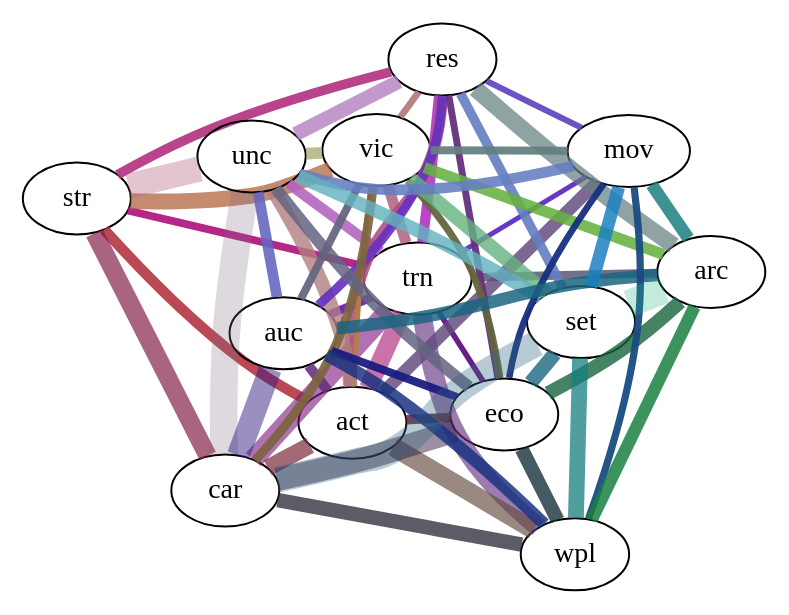
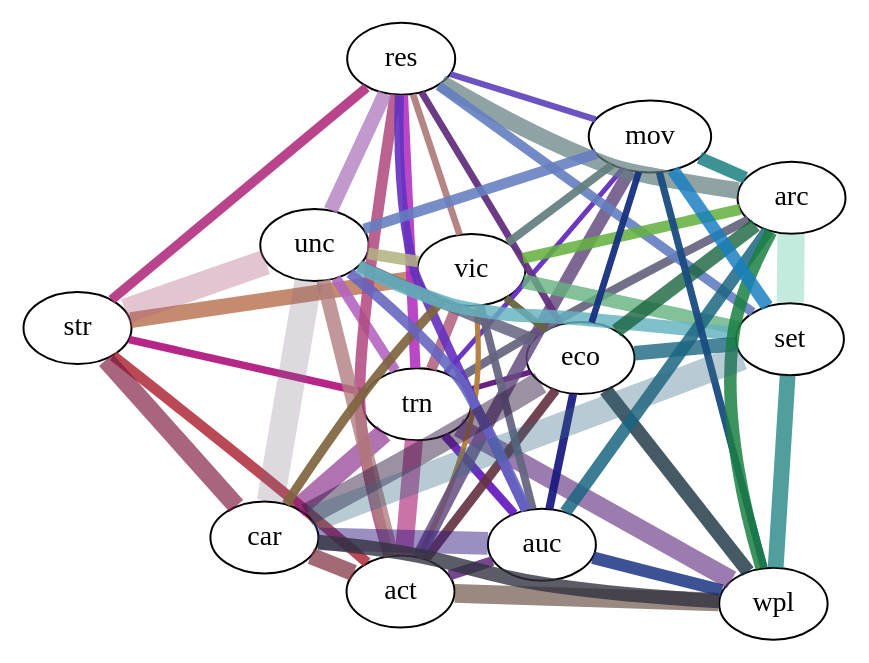
One commit to mnagaku/digraj202103 changed the diagram in chapg.dot. Above: the diagram before and after it, drawn with Graphviz. The commit also changed 10 other files, not shown here.

```diff
--- a/chapg.dot
+++ b/chapg.dot
@@ -1,185 +1,126 @@
 strict graph "" {
 	graph [layout=fdp,
+		overlap=False,
 		splines=True
 	];
 	str -- trn	[color="#b21980f0",
-		penwidth=3.8348249442368525,
-		weight=0.0058823529411764705];
+		penwidth=3.8348249442368525];
 	str -- act	[color="#b23240e3",
-		penwidth=5.270462766947299,
-		weight=0.011111111111111112];
+		penwidth=5.270462766947299];
 	str -- res	[color="#b23280e8",
-		penwidth=4.767312946227961,
-		weight=0.00909090909090909];
+		penwidth=4.767312946227961];
 	str -- vic	[color="#b26540c0",
-		penwidth=7.905694150420948,
-		weight=0.025];
+		penwidth=7.905694150420948];
 	str -- unc	[color="#b265805f",
-		penwidth=12.613124477737825,
-		weight=0.06363636363636363];
+		penwidth=12.613124477737825];
 	str -- car	[color="#7f1940ab",
-		penwidth=9.128709291752768,
-		weight=0.03333333333333333];
+		penwidth=9.128709291752768];
 	trn -- act	[color="#b23280ad",
-		penwidth=9.03876907577734,
-		weight=0.032679738562091505];
+		penwidth=9.03876907577734];
 	trn -- res	[color="#b232c0e4",
-		penwidth=5.1708768999501915,
-		weight=0.0106951871657754];
+		penwidth=5.1708768999501915];
 	trn -- vic	[color="#b26580e1",
-		penwidth=5.423261445466404,
-		weight=0.011764705882352941];
+		penwidth=5.423261445466404];
 	trn -- unc	[color="#b265c0e4",
-		penwidth=5.1708768999501915,
-		weight=0.0106951871657754];
+		penwidth=5.1708768999501915];
 	trn -- eco	[color="#651980f7",
-		penwidth=2.782074420373286,
-		weight=0.0030959752321981426];
+		penwidth=2.782074420373286];
 	trn -- auc	[color="#6519c0ec",
-		penwidth=4.287464628562721,
-		weight=0.007352941176470588];
+		penwidth=4.287464628562721];
 	trn -- wpl	[color="#653280a3",
-		penwidth=9.58706236059213,
-		weight=0.03676470588235294];
+		penwidth=9.58706236059213];
 	trn -- mov	[color="#6532c0f8",
-		penwidth=2.4753688574416857,
-		weight=0.0024509803921568627];
+		penwidth=2.4753688574416857];
 	trn -- arc	[color="#656580ec",
-		penwidth=4.287464628562721,
-		weight=0.007352941176470588];
+		penwidth=4.287464628562721];
 	trn -- car	[color="#7f19809c",
-		penwidth=9.901475429766743,
-		weight=0.0392156862745098];
+		penwidth=9.901475429766743];
 	act -- res	[color="#b24c80df",
-		penwidth=5.618332187193683,
-		weight=0.012626262626262626];
+		penwidth=5.618332187193683];
 	act -- vic	[color="#b27f40f8",
-		penwidth=2.6352313834736494,
-		weight=0.002777777777777778];
+		penwidth=2.6352313834736494];
 	act -- unc	[color="#b27f80cc",
-		penwidth=7.106690545187015,
-		weight=0.020202020202020204];
+		penwidth=7.106690545187015];
 	act -- eco	[color="#653240e9",
-		penwidth=4.68292905790847,
-		weight=0.008771929824561403];
+		penwidth=4.68292905790847];
 	act -- auc	[color="#653280e4",
-		penwidth=5.103103630798287,
-		weight=0.010416666666666666];
+		penwidth=5.103103630798287];
 	act -- wpl	[color="#654c40a8",
-		penwidth=9.316949906249123,
-		weight=0.034722222222222224];
+		penwidth=9.316949906249123];
 	act -- mov	[color="#654c80d6",
-		penwidth=6.364688465216445,
-		weight=0.016203703703703703];
+		penwidth=6.364688465216445];
 	act -- car	[color="#7f3240b9",
-		penwidth=8.333333333333332,
-		weight=0.027777777777777776];
+		penwidth=8.333333333333332];
 	res -- vic	[color="#b27f80f3",
-		penwidth=3.3709993123162105,
-		weight=0.004545454545454545];
+		penwidth=3.3709993123162105];
 	res -- unc	[color="#b27fc0cb",
-		penwidth=7.1869946822008615,
-		weight=0.02066115702479339];
+		penwidth=7.1869946822008615];
 	res -- eco	[color="#653280f3",
-		penwidth=3.4585723193303735,
-		weight=0.004784688995215311];
+		penwidth=3.4585723193303735];
 	res -- auc	[color="#6532c0e9",
-		penwidth=4.615930911724978,
-		weight=0.008522727272727272];
+		penwidth=4.615930911724978];
 	res -- mov	[color="#654cc0f5",
-		penwidth=3.0772872744833184,
-		weight=0.003787878787878788];
+		penwidth=3.0772872744833184];
 	res -- arc	[color="#657f80b7",
-		penwidth=8.427498280790525,
-		weight=0.028409090909090908];
+		penwidth=8.427498280790525];
 	res -- set	[color="#657fc0e8",
-		penwidth=4.767312946227961,
-		weight=0.00909090909090909];
+		penwidth=4.767312946227961];
 	vic -- unc	[color="#b2b280dc",
-		penwidth=5.8387420812114215,
-		weight=0.013636363636363636];
+		penwidth=5.8387420812114215];
 	vic -- eco	[color="#656540f1",
-		penwidth=3.6273812505500582,
-		weight=0.005263157894736842];
+		penwidth=3.6273812505500582];
 	vic -- auc	[color="#656580ef",
-		penwidth=3.952847075210474,
-		weight=0.00625];
+		penwidth=3.952847075210474];
 	vic -- mov	[color="#657f80ef",
-		penwidth=3.952847075210474,
-		weight=0.00625];
+		penwidth=3.952847075210474];
 	vic -- arc	[color="#65b240df",
-		penwidth=5.5901699437494745,
-		weight=0.0125];
+		penwidth=5.5901699437494745];
 	vic -- set	[color="#65b280cd",
-		penwidth=7.0710678118654755,
-		weight=0.02];
+		penwidth=7.0710678118654755];
 	vic -- car	[color="#7f6540ea",
-		penwidth=4.564354645876384,
-		weight=0.008333333333333333];
+		penwidth=4.564354645876384];
 	unc -- eco	[color="#656580db",
-		penwidth=5.990422978731538,
-		weight=0.014354066985645933];
+		penwidth=5.990422978731538];
 	unc -- auc	[color="#6565c0e2",
-		penwidth=5.330017908890261,
-		weight=0.011363636363636364];
+		penwidth=5.330017908890261];
 	unc -- mov	[color="#657fc0e2",
-		penwidth=5.330017908890261,
-		weight=0.011363636363636364];
+		penwidth=5.330017908890261];
 	unc -- set	[color="#65b2c0d1",
-		penwidth=6.741998624632421,
-		weight=0.01818181818181818];
+		penwidth=6.741998624632421];
 	unc -- car	[color="#7f658041",
-		penwidth=13.762047064079507,
-		weight=0.07575757575757576];
+		penwidth=13.762047064079507];
 	eco -- auc	[color="#191980ee",
-		penwidth=4.055535528269064,
-		weight=0.006578947368421052];
+		penwidth=4.055535528269064];
 	eco -- wpl	[color="#193240cd",
-		penwidth=7.024393586862704,
-		weight=0.019736842105263157];
+		penwidth=7.024393586862704];
 	eco -- mov	[color="#193280f4",
-		penwidth=3.3113308926626095,
-		weight=0.0043859649122807015];
+		penwidth=3.3113308926626095];
 	eco -- arc	[color="#196540cd",
-		penwidth=7.024393586862704,
-		weight=0.019736842105263157];
+		penwidth=7.024393586862704];
 	eco -- set	[color="#196580ca",
-		penwidth=7.2547625011001164,
-		weight=0.021052631578947368];
+		penwidth=7.2547625011001164];
 	eco -- car	[color="#3219407b",
-		penwidth=11.470786693528089,
-		weight=0.05263157894736842];
+		penwidth=11.470786693528089];
 	auc -- wpl	[color="#193280d7",
-		penwidth=6.25,
-		weight=0.015625];
+		penwidth=6.25];
 	auc -- arc	[color="#196580d7",
-		penwidth=6.25,
-		weight=0.015625];
+		penwidth=6.25];
 	auc -- car	[color="#3219807c",
-		penwidth=11.41088661469096,
-		weight=0.052083333333333336];
+		penwidth=11.41088661469096];
 	wpl -- mov	[color="#194c80f1",
-		penwidth=3.608439182435161,
-		weight=0.005208333333333333];
+		penwidth=3.608439182435161];
 	wpl -- arc	[color="#197f40d7",
-		penwidth=6.25,
-		weight=0.015625];
+		penwidth=6.25];
 	wpl -- set	[color="#197f80c0",
-		penwidth=7.905694150420948,
-		weight=0.025];
+		penwidth=7.905694150420948];
 	wpl -- car	[color="#323240ca",
-		penwidth=7.216878364870322,
-		weight=0.020833333333333332];
+		penwidth=7.216878364870322];
 	mov -- arc	[color="#197f80d7",
-		penwidth=6.25,
-		weight=0.015625];
+		penwidth=6.25];
 	mov -- set	[color="#197fc0d5",
-		penwidth=6.454972243679028,
-		weight=0.016666666666666666];
+		penwidth=6.454972243679028];
 	arc -- set	[color="#19b28043",
-		penwidth=13.693063937629152,
-		weight=0.075];
+		penwidth=13.693063937629152];
 	set -- car	[color="#32658058",
-		penwidth=12.909944487358056,
-		weight=0.06666666666666667];
+		penwidth=12.909944487358056];
 }
```
